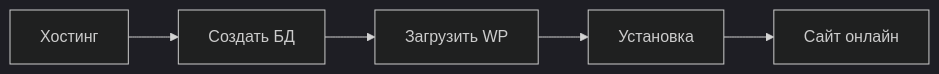
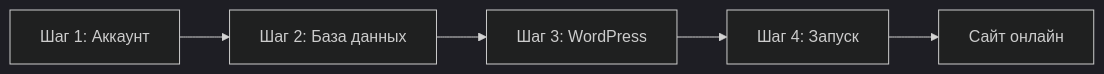
One commit to aleksandr-mazhul/mamp-wordpress-guide changed the diagram in docs/hosting/README.md. Above: the diagram before and after it, drawn with Mermaid (dark theme). The commit also changed other lines of this file and 26 other files, not shown here.

````diff
--- a/docs/hosting/README.md
+++ b/docs/hosting/README.md
@@ -13,7 +14,7 @@
 ```mermaid
 flowchart LR
-    A[Хостинг] --> B[Создать БД]
-    B --> C[Загрузить WP]
-    C --> D[Установка]
+    A[Шаг 1: Аккаунт] --> B[Шаг 2: База данных]
+    B --> C[Шаг 3: WordPress]
+    C --> D[Шаг 4: Запуск]
     D --> E[Сайт онлайн]
 ```
````
